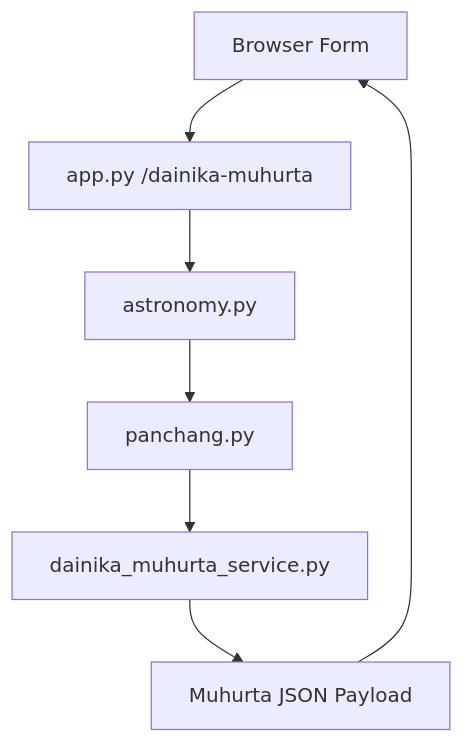
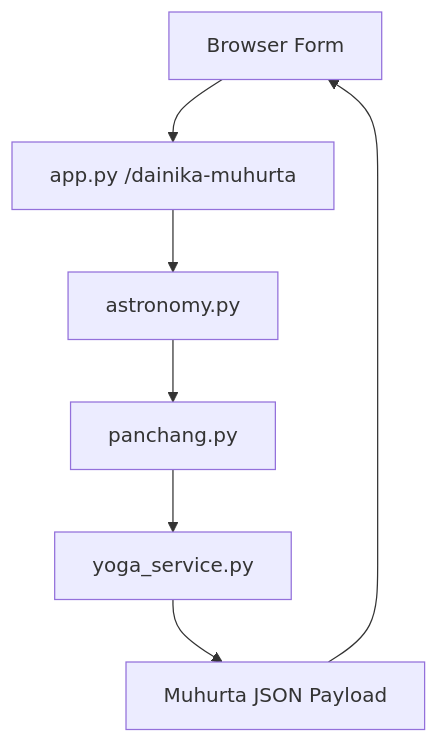
The fifth of 6 diagrams in python_engine/python_engine/docs/architecture.md (ManishSAMA/Panchnag), drawn with Mermaid before and after one commit. The commit also changed other lines of this file and 19 other files, not shown here.

````diff
--- a/python_engine/python_engine/docs/architecture.md
+++ b/python_engine/python_engine/docs/architecture.md
@@ -167,9 +167,9 @@
 ```mermaid
 flowchart TD
     Browser[Browser Form] --> Flask[app.py /dainika-muhurta]
     Flask --> Astro[astronomy.py]
     Astro --> Panchang[panchang.py]
-    Panchang --> MuhurtaService[dainika_muhurta_service.py]
+    Panchang --> MuhurtaService[yoga_service.py]
     MuhurtaService --> Payload[Muhurta JSON Payload]
     Payload --> Browser
 ```
````
